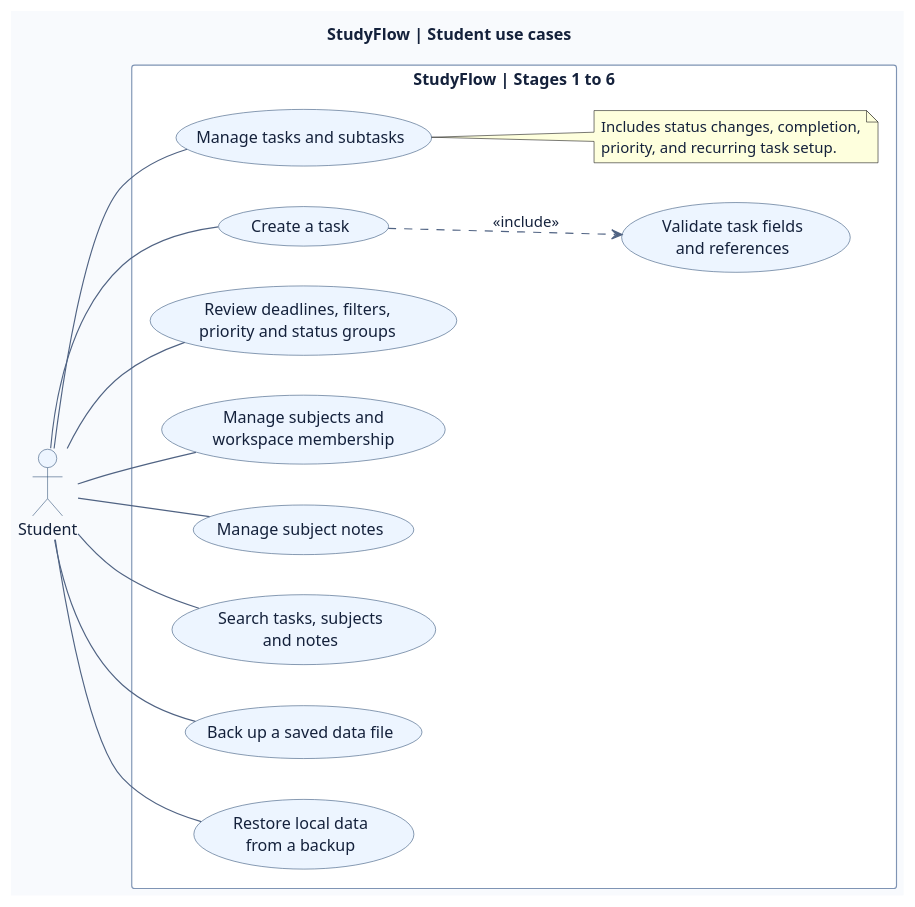
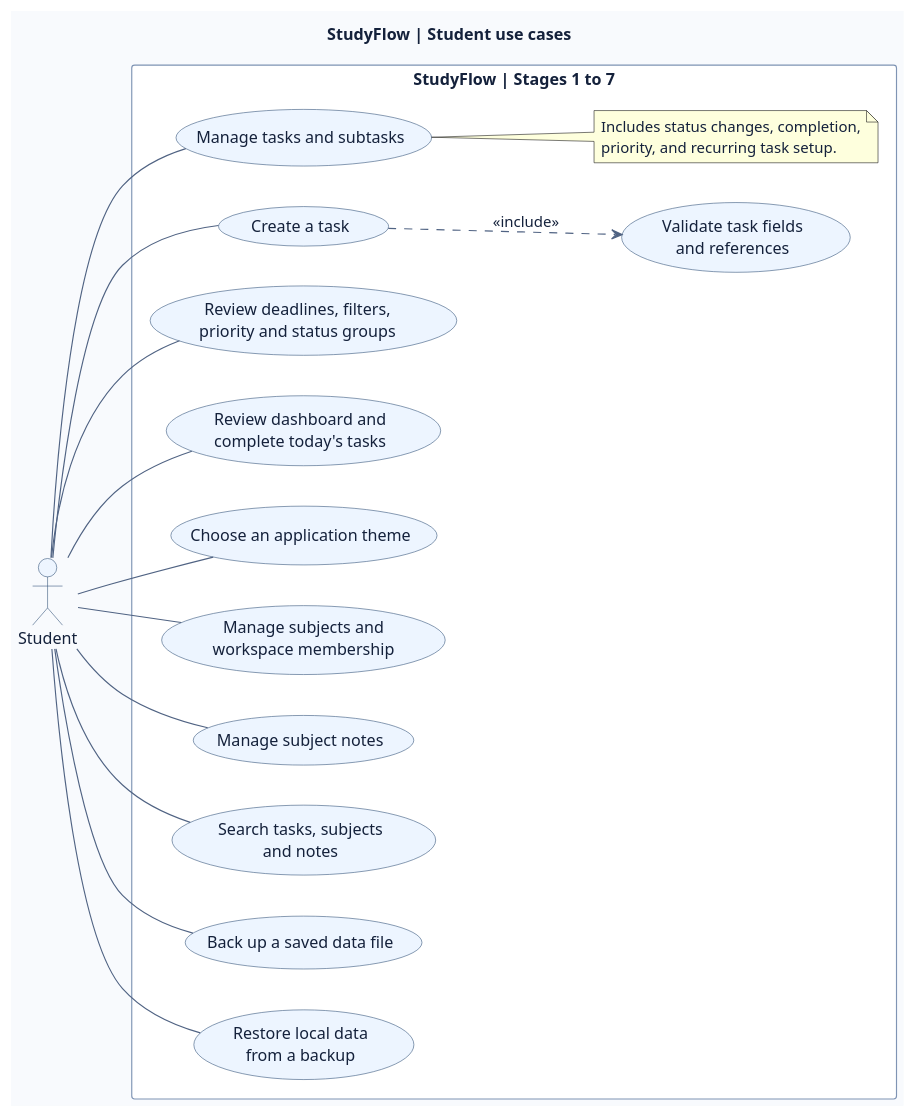
One commit to Dishitha09/StudyFlow changed the diagram in docs/uml/use-case-diagram.puml. Above: the diagram before and after it, drawn with PlantUML. The commit also changed 31 other files, not shown here.

```diff
--- a/docs/uml/use-case-diagram.puml
+++ b/docs/uml/use-case-diagram.puml
@@ -1,43 +1,47 @@
 @startuml
 title StudyFlow | Student use cases
 left to right direction
 skinparam backgroundColor #F8FAFD
 skinparam defaultFontName Segoe UI
 skinparam defaultFontColor #14213B
 skinparam shadowing false
 skinparam ArrowColor #506383
 skinparam actorBorderColor #345279
 skinparam actorBackgroundColor #EDF5FF
 skinparam usecaseBorderColor #345279
 skinparam usecaseBackgroundColor #EDF5FF
 skinparam rectangleBorderColor #7F94B4
 skinparam rectangleBackgroundColor #FFFFFF
 
 actor Student
-rectangle "StudyFlow | Stages 1 to 6" {
+rectangle "StudyFlow | Stages 1 to 7" {
   usecase "Manage tasks and subtasks" as Task
   usecase "Create a task" as Create
   usecase "Validate task fields\nand references" as Validate
   usecase "Review deadlines, filters,\npriority and status groups" as Review
+  usecase "Review dashboard and\ncomplete today's tasks" as Dashboard
+  usecase "Choose an application theme" as Theme
   usecase "Manage subjects and\nworkspace membership" as Organize
   usecase "Manage subject notes" as Note
   usecase "Search tasks, subjects\nand notes" as Search
   usecase "Back up a saved data file" as Backup
   usecase "Restore local data\nfrom a backup" as Restore
 
   note right of Task
     Includes status changes, completion,
     priority, and recurring task setup.
   end note
 }
 
 Student -- Task
 Student -- Create
 Student -- Review
+Student -- Dashboard
+Student -- Theme
 Student -- Organize
 Student -- Note
 Student -- Search
 Student -- Backup
 Student -- Restore
 Create ..> Validate : <<include>>
 @enduml
```
